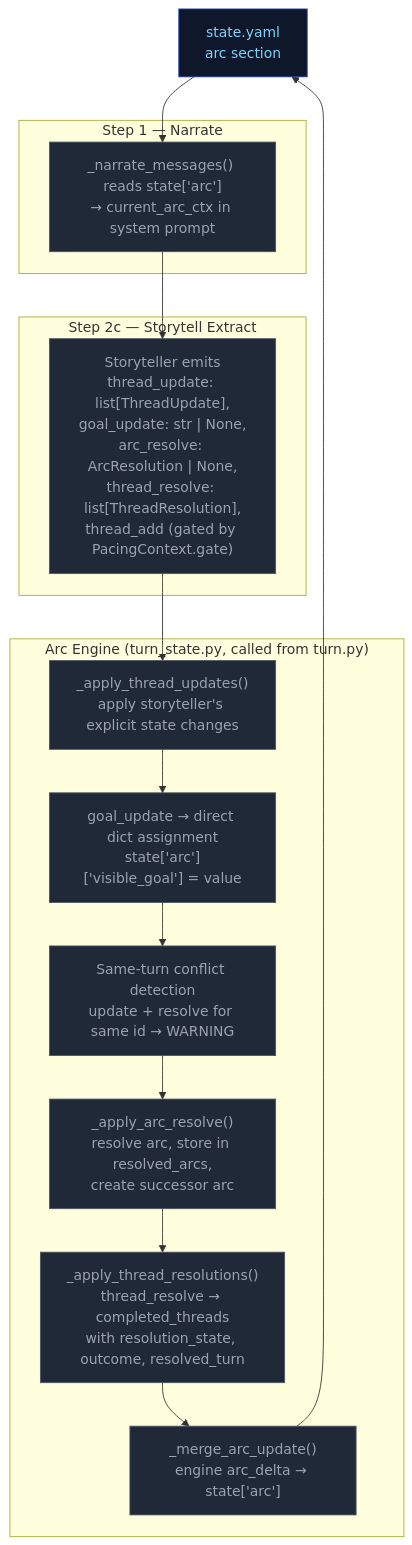
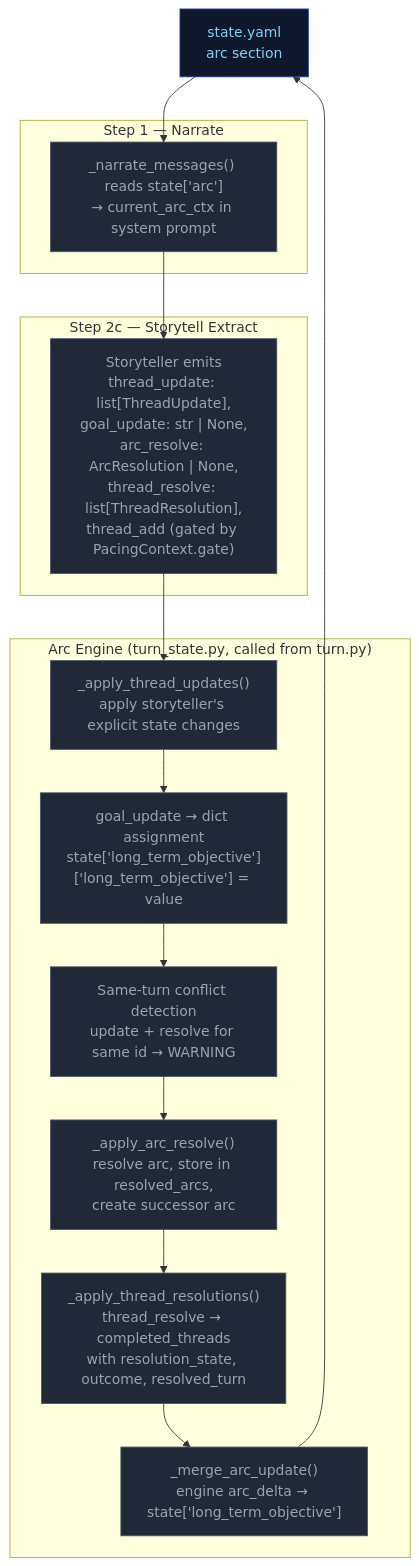
The fourth of 4 diagrams in docs/architecture/step2c-storytell.md (pww217/fablethread), drawn with Mermaid before and after one commit. The commit also changed other lines of this file and 60 other files, not shown here.

````diff
--- a/docs/architecture/step2c-storytell.md
+++ b/docs/architecture/step2c-storytell.md
@@ -260,34 +259,34 @@
 ```mermaid
 flowchart TD
     classDef stageRules fill:#4c1d95,color:#ddd6fe,stroke:#7c3aed
     classDef stageNarrate fill:#1e3a5f,color:#bfdbfe,stroke:#3b82f6
     classDef stageProgress fill:#500724,color:#fbcfe8,stroke:#ec4899
     classDef pyNode fill:#1f2937,color:#9ca3af,stroke:#4b5563
     classDef arcNode fill:#3b0764,color:#e9d5ff,stroke:#7c3aed
     classDef storageNode fill:#0f172a,color:#7dd3fc,stroke:#1e40af
 
     STATE["state.yaml<br>arc section"]:::storageNode
 
     subgraph NARRATE["Step 1 — Narrate"]
         N1["_narrate_messages() reads state['arc']<br>→ current_arc_ctx in system prompt"]:::pyNode
     end
 
     subgraph EXTRACT["Step 2c — Storytell Extract"]
         E1["Storyteller emits<br>thread_update: list[ThreadUpdate],<br>goal_update: str | None,<br>arc_resolve: ArcResolution | None,<br>thread_resolve: list[ThreadResolution],<br>thread_add (gated by PacingContext.gate)"]:::pyNode
     end
 
     subgraph ARC_ENGINE["Arc Engine (turn_state.py, called from turn.py)"]
         A1["_apply_thread_updates()<br>apply storyteller's explicit state changes"]:::pyNode
-        A2["goal_update → direct dict assignment<br>state['arc']['visible_goal'] = value"]:::pyNode
+        A2["goal_update → dict assignment<br>state['long_term_objective']['long_term_objective'] = value"]:::pyNode
         A3["Same-turn conflict detection<br>update + resolve for same id → WARNING"]:::pyNode
         A4["_apply_arc_resolve()<br>resolve arc, store in resolved_arcs,<br>create successor arc"]:::pyNode
         A5["_apply_thread_resolutions()<br>thread_resolve → completed_threads<br>with resolution_state, outcome, resolved_turn"]:::pyNode
-        A6["_merge_arc_update()<br>engine arc_delta → state['arc']"]:::pyNode
+        A6["_merge_arc_update()<br>engine arc_delta → state['long_term_objective']"]:::pyNode
     end
 
     STATE --> N1
     N1 --> E1
     E1 --> A1 --> A2 --> A3 --> A4 --> A5 --> A6
 
     A6 --> STATE
 ```
````
